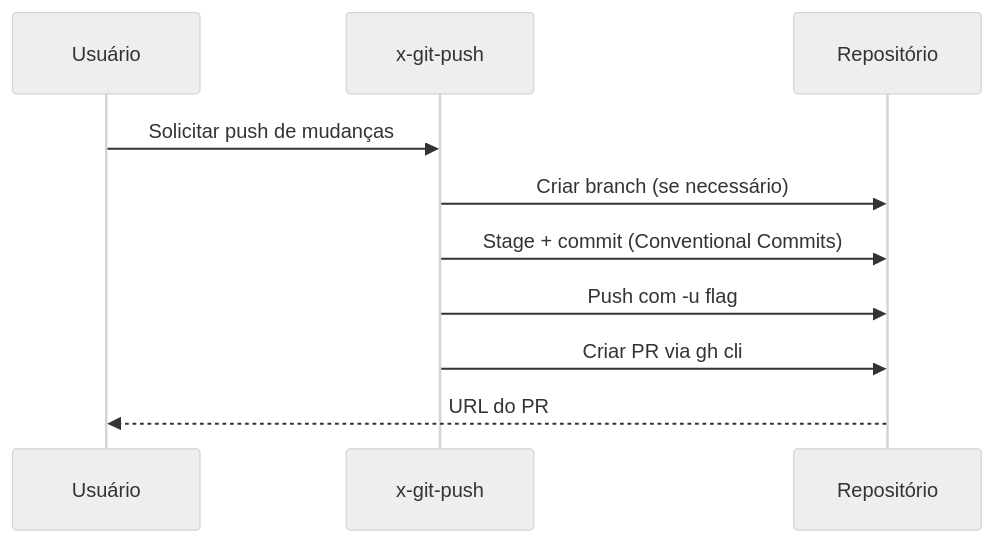
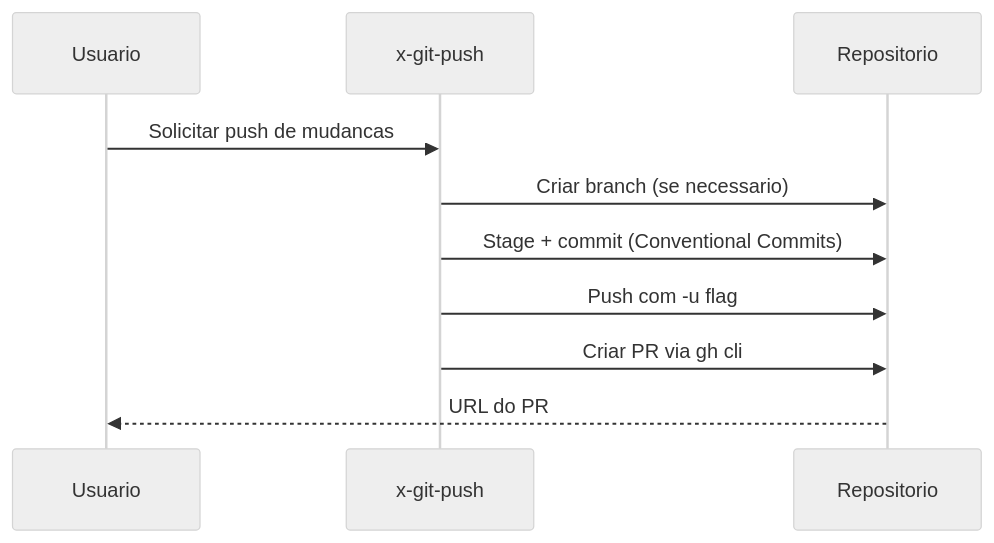
Before and after one commit to edercnj/ia-dev-environment: the second of 3 diagrams in docs/stories/github-structure/STORY-009.md, drawn with Mermaid (neutral theme). The commit also changed other lines of this file and 64 other files, not shown here.

````diff
--- a/docs/stories/github-structure/STORY-009.md
+++ b/docs/stories/github-structure/STORY-009.md
@@ -74,13 +121,13 @@
 ```mermaid
 sequenceDiagram
-    participant U as Usuário
+    participant U as Usuario
     participant G as x-git-push
-    participant R as Repositório
+    participant R as Repositorio
 
-    U->>G: Solicitar push de mudanças
-    G->>R: Criar branch (se necessário)
+    U->>G: Solicitar push de mudancas
+    G->>R: Criar branch (se necessario)
     G->>R: Stage + commit (Conventional Commits)
     G->>R: Push com -u flag
     G->>R: Criar PR via gh cli
     R-->>U: URL do PR
 ```
````
